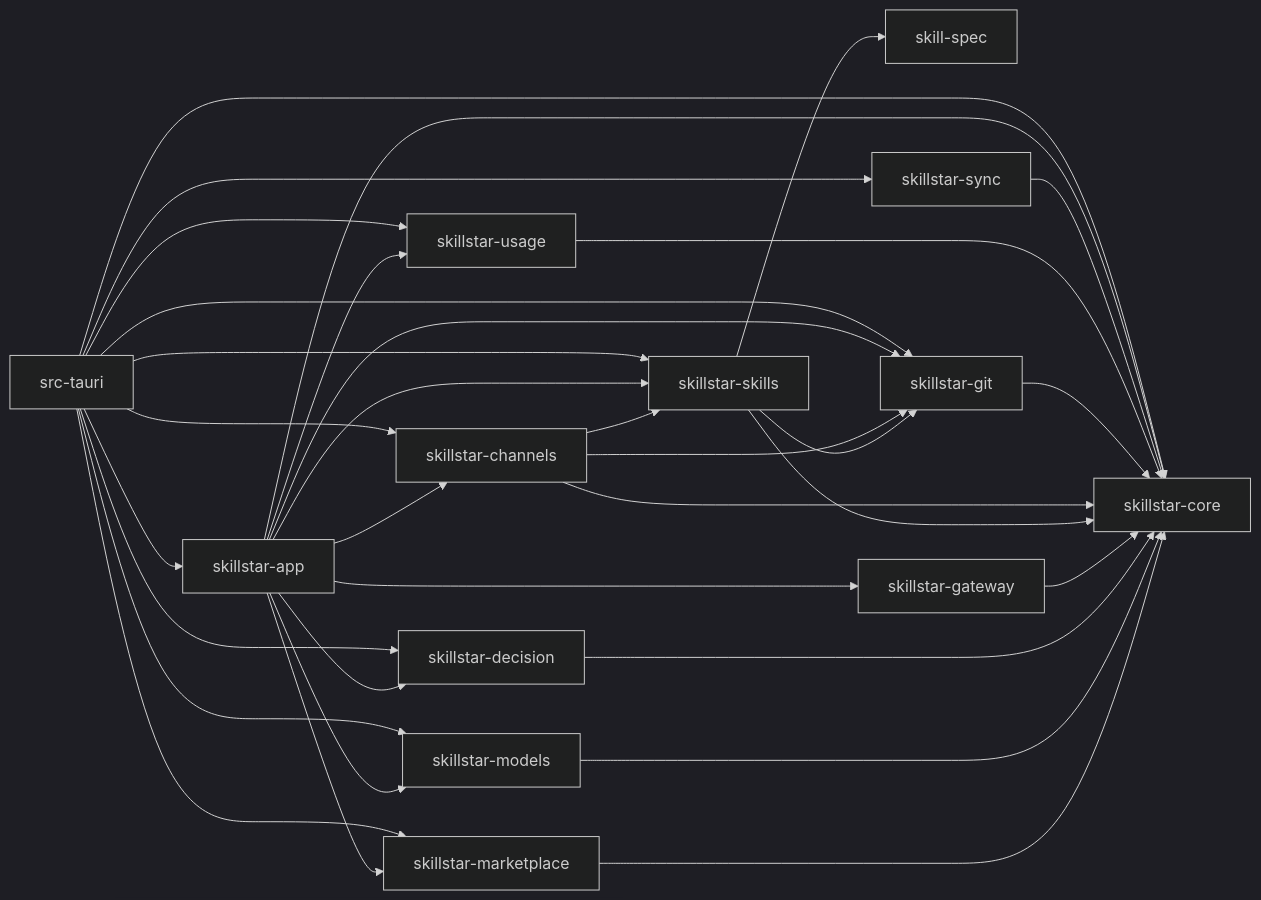
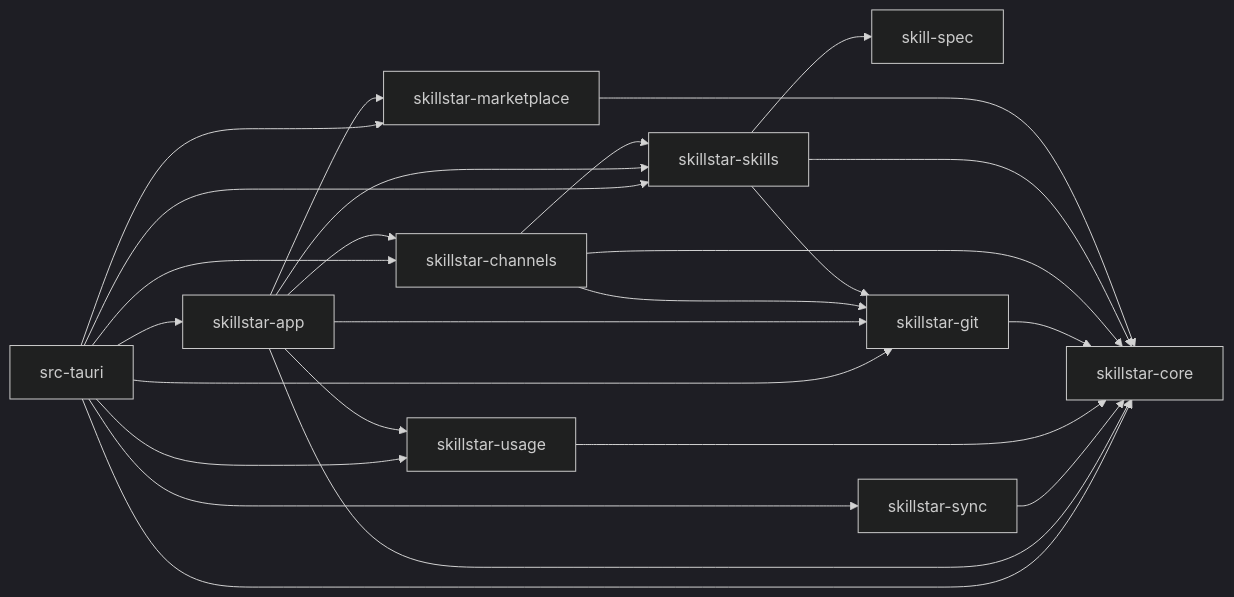
One commit to xxww0098/SkillStar changed the diagram in docs/boundaries.md. Above: the diagram before and after it, drawn with Mermaid (dark theme). The commit also changed other lines of this file and 305 other files, not shown here.

````diff
--- a/docs/boundaries.md
+++ b/docs/boundaries.md
@@ -70,49 +64,38 @@
 ```mermaid
 flowchart LR
   spec["skill-spec"]
   core["skillstar-core"]
   git["skillstar-git"]
   skills["skillstar-skills"]
   channels["skillstar-channels"]
   market["skillstar-marketplace"]
-  models["skillstar-models"]
-  decision["skillstar-decision"]
-  gateway["skillstar-gateway"]
   usage["skillstar-usage"]
   sync["skillstar-sync"]
   app["skillstar-app"]
   tauri["src-tauri"]
 
   market --> core
-  models --> core
-  decision --> core
-  gateway --> core
   skills --> spec
   skills --> core
   skills --> git
   channels --> core
   channels --> git
   channels --> skills
   git --> core
   usage --> core
   sync --> core
   app --> core
   app --> skills
   app --> git
   app --> channels
   app --> market
-  app --> models
-  app --> decision
   app --> usage
-  app --> gateway
   tauri --> app
   tauri --> core
   tauri --> skills
   tauri --> git
   tauri --> channels
   tauri --> market
-  tauri --> models
-  tauri --> decision
   tauri --> usage
   tauri --> sync
 ```
````
